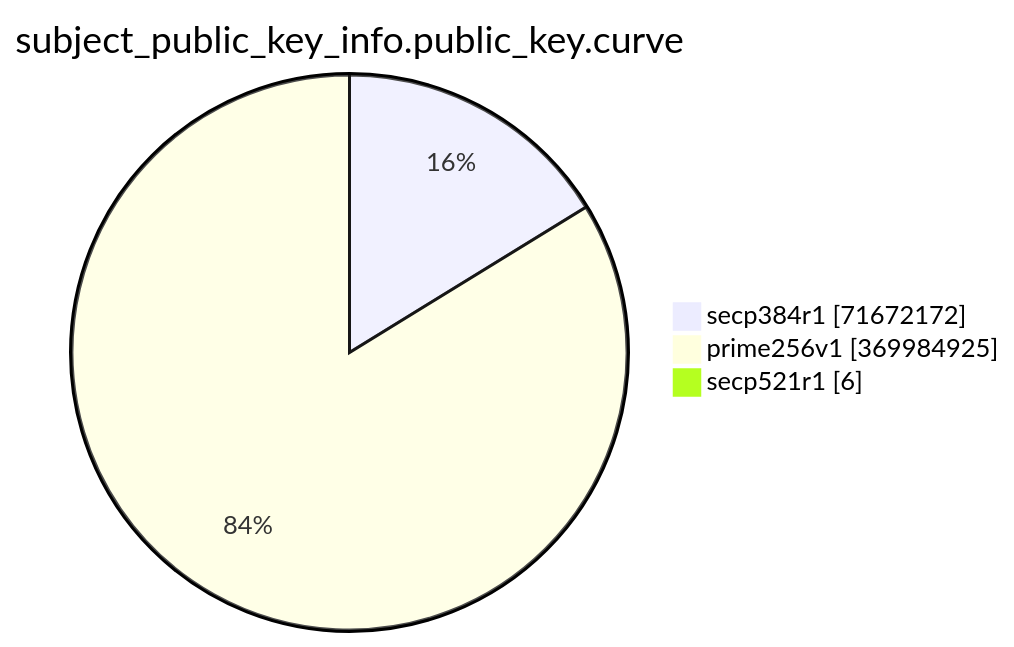
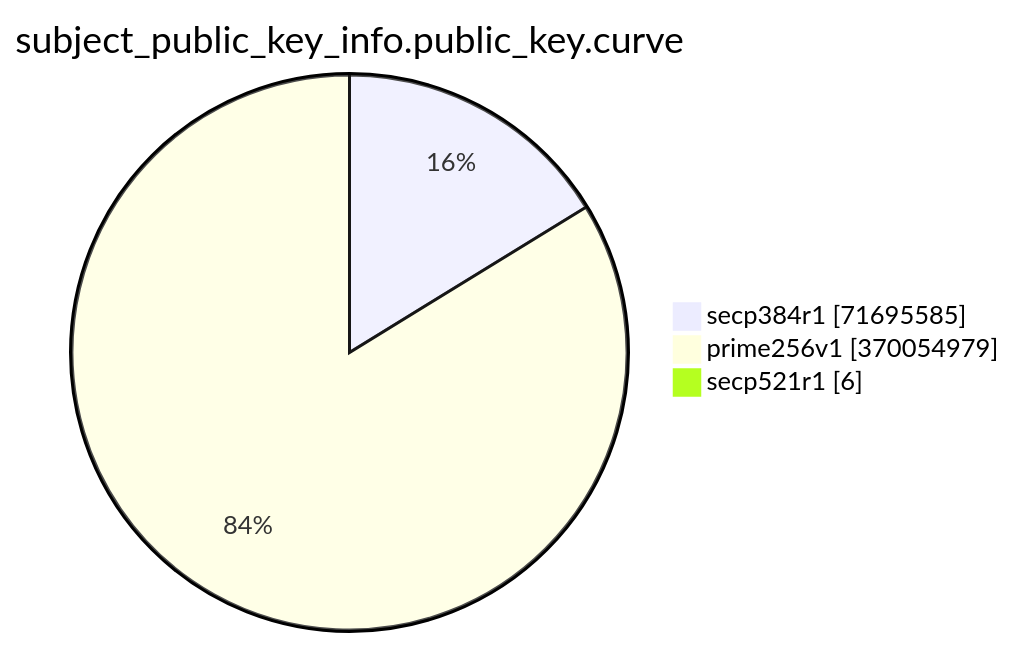
Before and after one commit to christiankrug/ctmonitor_visualization: the eighth of 15 diagrams in TOTAL/README.md, drawn with Mermaid. The commit also changed other lines of this file, not shown here.

````diff
--- a/TOTAL/README.md
+++ b/TOTAL/README.md
@@ -3092,7 +3092,7 @@
 ```mermaid
 pie showData
 title subject_public_key_info.public_key.curve
-"secp384r1" :71672172
-"prime256v1" :369984925
+"secp384r1" :71695585
+"prime256v1" :370054979
 "secp521r1" :6
 ```
````
